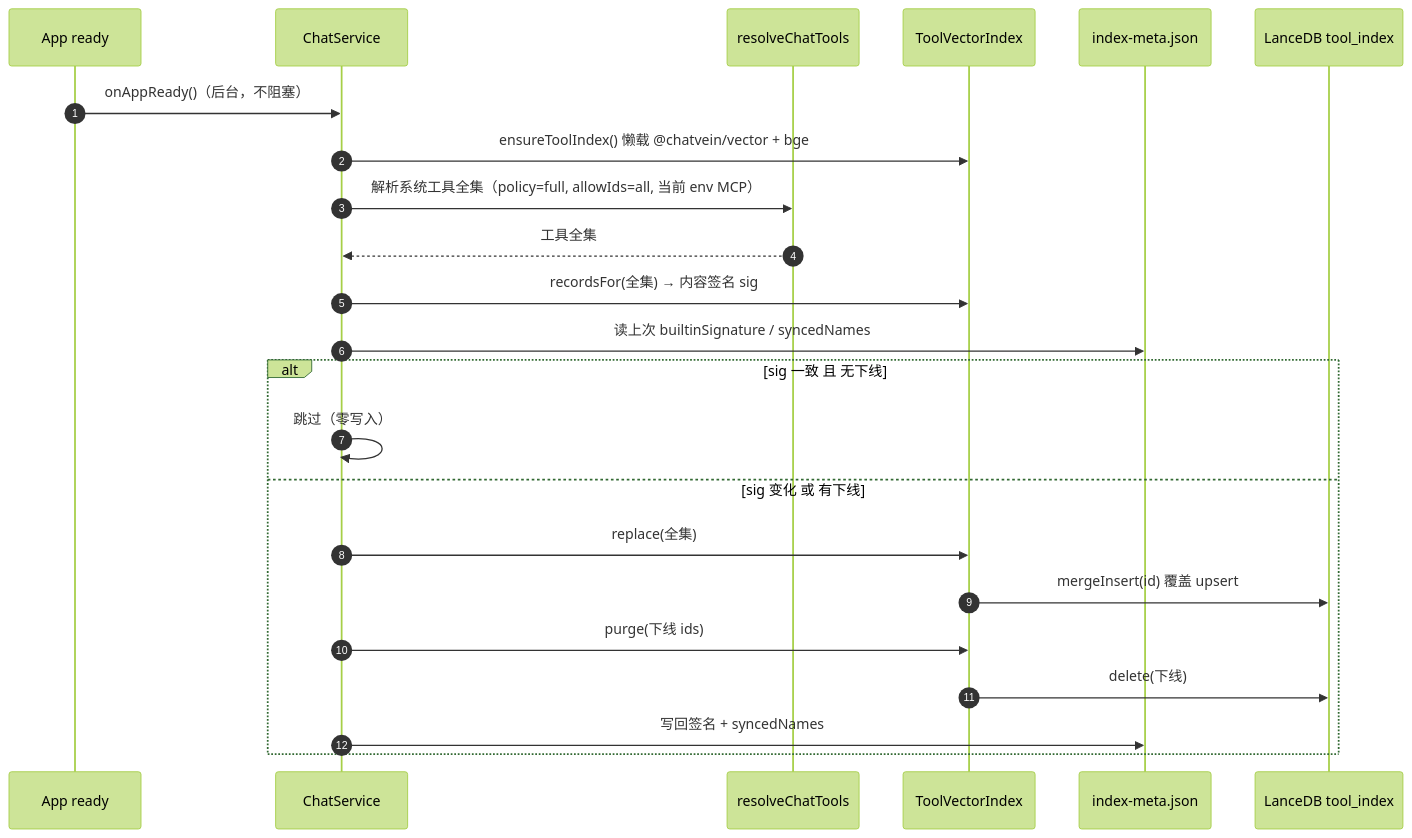
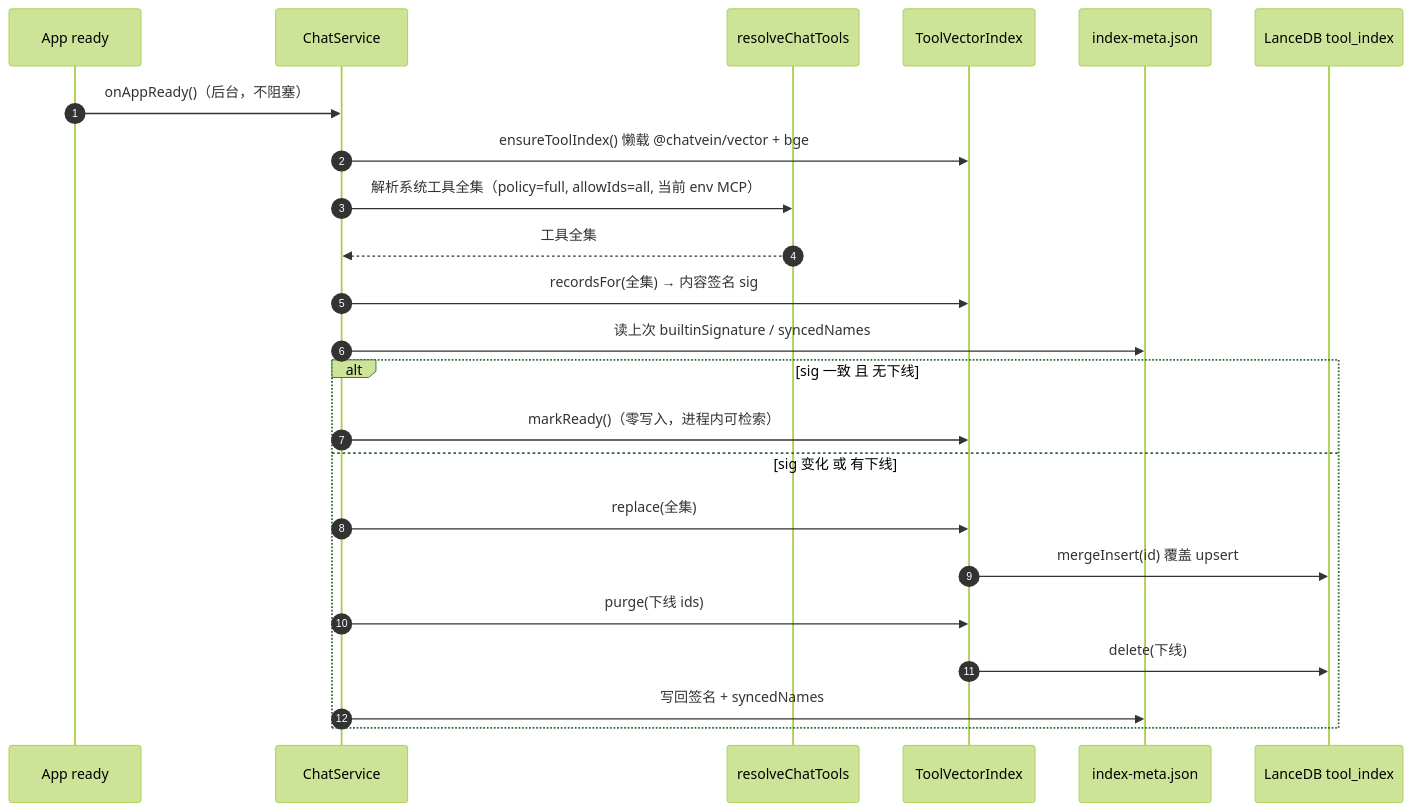
The first of 2 diagrams in docs/design/12-Agent工具层.md (TangJie007/chatvein), drawn with Mermaid (forest theme) before and after one commit. The commit also changed other lines of this file and 12 other files, not shown here.

````diff
--- a/docs/design/12-Agent工具层.md
+++ b/docs/design/12-Agent工具层.md
@@ -193,25 +194,25 @@
 ```mermaid
 sequenceDiagram
   autonumber
   participant App as App ready
   participant CS as ChatService
   participant R as resolveChatTools
   participant IX as ToolVectorIndex
   participant M as index-meta.json
   participant DB as LanceDB tool_index
   App->>CS: onAppReady()（后台，不阻塞）
   CS->>IX: ensureToolIndex() 懒载 @chatvein/vector + bge
   CS->>R: 解析系统工具全集（policy=full, allowIds=all, 当前 env MCP）
   R-->>CS: 工具全集
   CS->>IX: recordsFor(全集) → 内容签名 sig
   CS->>M: 读上次 builtinSignature / syncedNames
   alt sig 一致 且 无下线
-    CS->>CS: 跳过（零写入）
+    CS->>IX: markReady()（零写入，进程内可检索）
   else sig 变化 或 有下线
     CS->>IX: replace(全集)
     IX->>DB: mergeInsert(id) 覆盖 upsert
     CS->>IX: purge(下线 ids)
     IX->>DB: delete(下线)
     CS->>M: 写回签名 + syncedNames
   end
 ```
````
